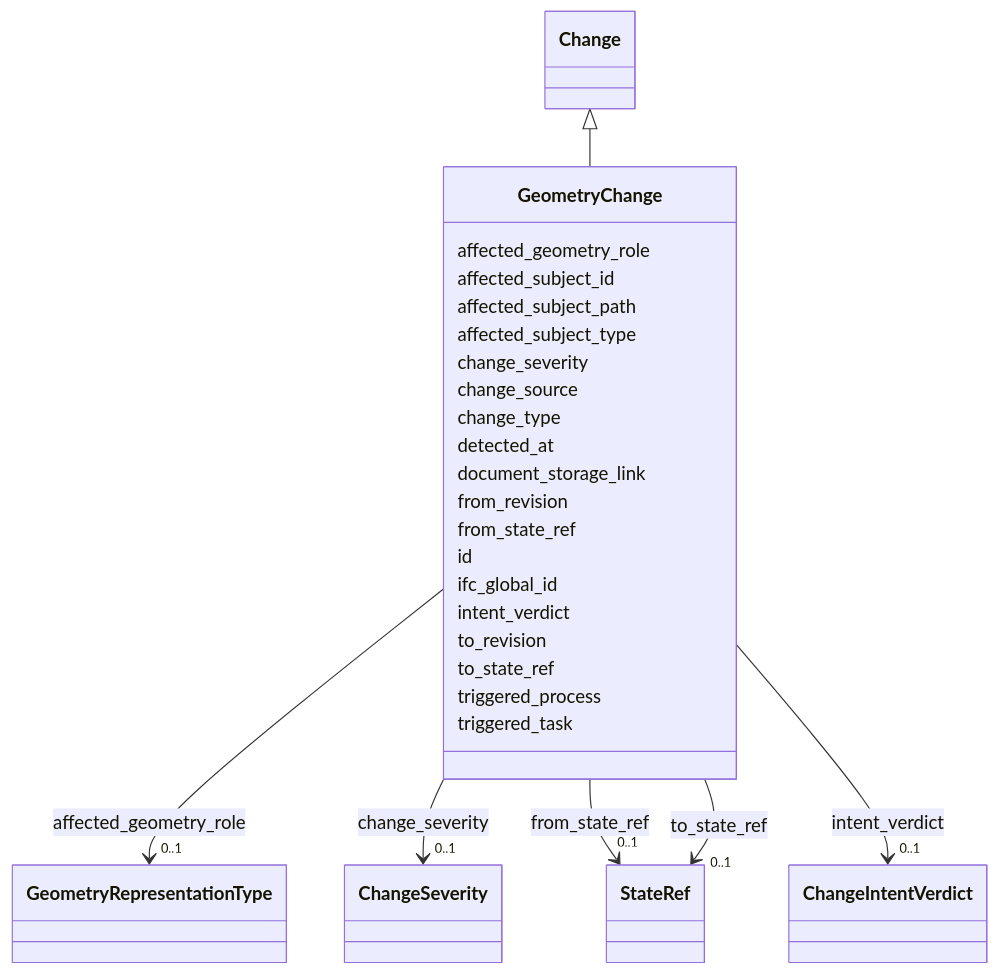
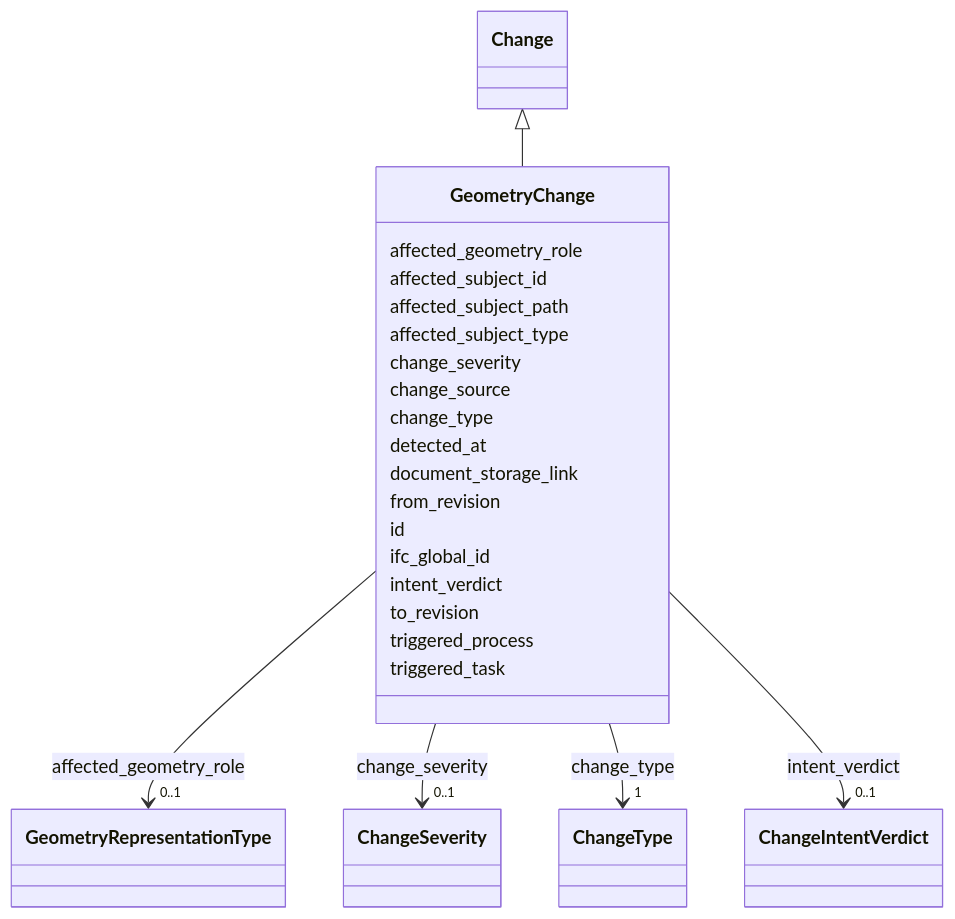
The diagram in latest/schema/GeometryChange.md (simondilhas/pragmatic-bim-data-contract), drawn with Mermaid before and after one commit. The commit also changed other lines of this file and 2590 other files, not shown here.

````diff
--- a/latest/schema/GeometryChange.md
+++ b/latest/schema/GeometryChange.md
@@ -23,90 +23,31 @@
 ```mermaid
  classDiagram
     class GeometryChange
-    click GeometryChange href "../GeometryChange/"
+    click GeometryChange href "./GeometryChange.html"
       Change <|-- GeometryChange
-        click Change href "../Change/"
-      
+        click Change href "./Change.html"
       GeometryChange : affected_geometry_role
-        
-          
-    
-        
-        
         GeometryChange --> "0..1" GeometryRepresentationType : affected_geometry_role
-        click GeometryRepresentationType href "../GeometryRepresentationType/"
-    
-
-        
+        click GeometryRepresentationType href "./GeometryRepresentationType.html"
       GeometryChange : affected_subject_id
-        
       GeometryChange : affected_subject_path
-        
       GeometryChange : affected_subject_type
-        
       GeometryChange : change_severity
-        
-          
-    
-        
-        
         GeometryChange --> "0..1" ChangeSeverity : change_severity
-        click ChangeSeverity href "../ChangeSeverity/"
-    
-
-        
+        click ChangeSeverity href "./ChangeSeverity.html"
       GeometryChange : change_source
-        
       GeometryChange : change_type
-        
+        GeometryChange --> "1" ChangeType : change_type
+        click ChangeType href "./ChangeType.html"
       GeometryChange : detected_at
-        
       GeometryChange : document_storage_link
-        
       GeometryChange : from_revision
-        
-      GeometryChange : from_state_ref
-        
-          
-    
-        
-        
-        GeometryChange --> "0..1" StateRef : from_state_ref
-        click StateRef href "../StateRef/"
-    
-
-        
       GeometryChange : id
-        
       GeometryChange : ifc_global_id
-        
       GeometryChange : intent_verdict
-        
-          
-    
-        
-        
         GeometryChange --> "0..1" ChangeIntentVerdict : intent_verdict
-        click ChangeIntentVerdict href "../ChangeIntentVerdict/"
-    
-
-        
+        click ChangeIntentVerdict href "./ChangeIntentVerdict.html"
       GeometryChange : to_revision
-        
-      GeometryChange : to_state_ref
-        
-          
-    
-        
-        
-        GeometryChange --> "0..1" StateRef : to_state_ref
-        click StateRef href "../StateRef/"
-    
-
-        
       GeometryChange : triggered_process
-        
       GeometryChange : triggered_task
-        
-      
 ```
````
